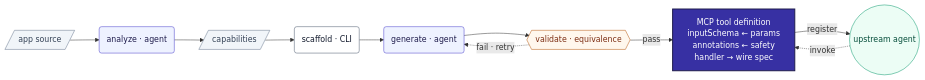
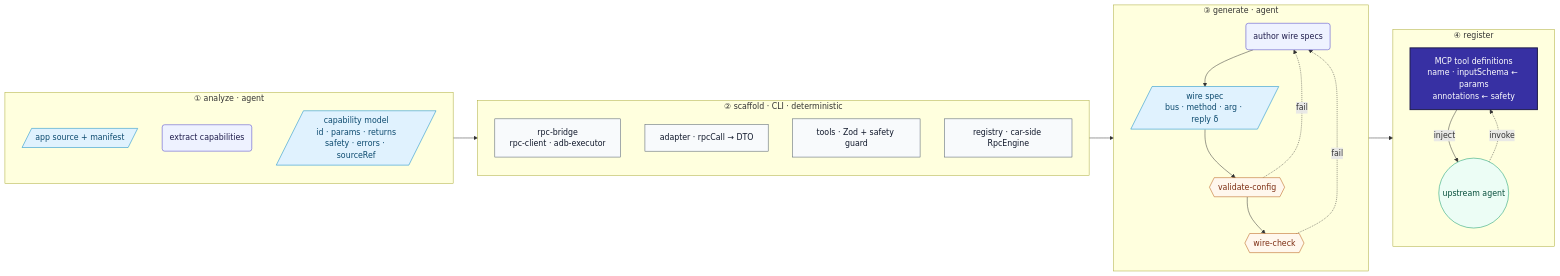
The first of 2 diagrams in README.md (MatCaviar/BRIDGE), drawn with Mermaid before and after one commit. The commit also changed other lines of this file, not shown here.

Commit message:
docs(readme): Fig.1 redrawn — 4 phase-cluster anatomy (blocky landscape, semantic shapes/colors, gate retry logic)

````diff
--- a/README.md
+++ b/README.md
@@ -31,24 +31,48 @@
 ```mermaid
 flowchart LR
-    classDef src fill:#f1f5f9,stroke:#64748b,color:#334155
+    classDef data fill:#e0f2fe,stroke:#0284c7,color:#0c4a6e
     classDef agent fill:#eef2ff,stroke:#4338ca,color:#1e1b4b
-    classDef det fill:#ffffff,stroke:#475569,color:#0f172a
+    classDef cli fill:#f8fafc,stroke:#475569,color:#0f172a
     classDef gate fill:#fff7ed,stroke:#b45309,color:#7c2d12
     classDef schema fill:#3730a3,stroke:#1e1b4b,color:#ffffff,stroke-width:2px
-    classDef user fill:#ecfdf5,stroke:#059669,color:#064e3b
+    classDef actor fill:#ecfdf5,stroke:#059669,color:#064e3b
 
-    SRC[/app source/]:::src
-    AN("analyze · agent"):::agent
-    CAP[/capabilities/]:::src
-    SC("scaffold · CLI"):::det
-    GN("generate · agent"):::agent
-    GK{{"validate · equivalence"}}:::gate
-    TOOL["MCP tool definition<br/>inputSchema ← params<br/>annotations ← safety<br/>handler → wire spec"]:::schema
-    UP(("upstream agent")):::user
+    subgraph AN ["① analyze · agent"]
+      direction TB
+      A1[/app source + manifest/]:::data
+      A2("extract capabilities"):::agent
+      A3[/"capability model<br/>id · params · returns<br/>safety · errors · sourceRef"/]:::data
+    end
 
-    SRC --> AN --> CAP --> SC --> GN --> GK
-    GK -.->|"fail · retry"| GN
-    GK -->|"pass"| TOOL
-    TOOL -->|"register"| UP
-    UP -.->|"invoke"| TOOL
+    subgraph SC ["② scaffold · CLI · deterministic"]
+      direction TB
+      S1["rpc-bridge<br/>rpc-client · adb-executor"]:::cli
+      S2["adapter · rpcCall → DTO"]:::cli
+      S3["tools · Zod + safety guard"]:::cli
+      S4["registry · car-side RpcEngine"]:::cli
+    end
+
+    subgraph GN ["③ generate · agent"]
+      direction TB
+      G1("author wire specs"):::agent
+      G2[/"wire spec<br/>bus · method · arg · reply δ"/]:::data
+      G3{{"validate-config"}}:::gate
+      G4{{"wire-check"}}:::gate
+    end
+
+    subgraph OUT ["④ register"]
+      direction TB
+      T1["MCP tool definitions<br/>name · inputSchema ← params<br/>annotations ← safety"]:::schema
+      UP(("upstream agent")):::actor
+    end
+
+    A3 --> S1
+    S4 --> G1
+    G1 --> G2 --> G3
+    G3 --> G4
+    G3 -.->|"fail"| G1
+    G4 --> T1
+    G4 -.->|"fail"| G1
+    T1 -->|"inject"| UP
+    UP -.->|"invoke"| T1
 ```
````
